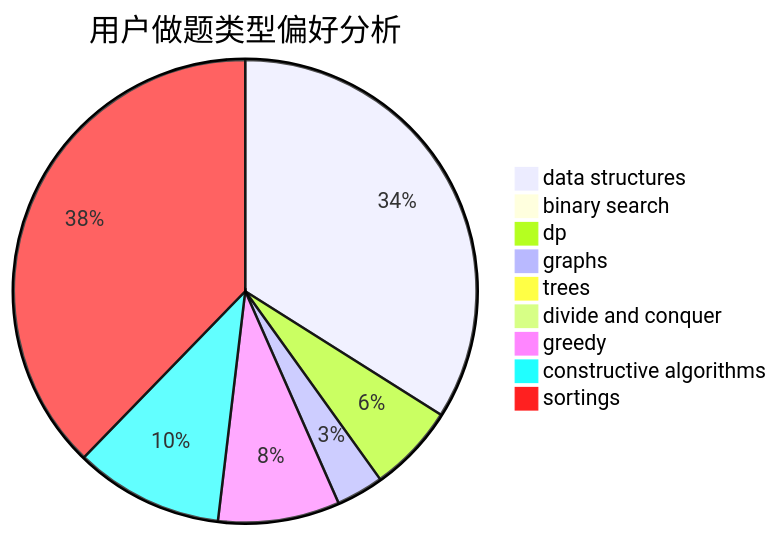
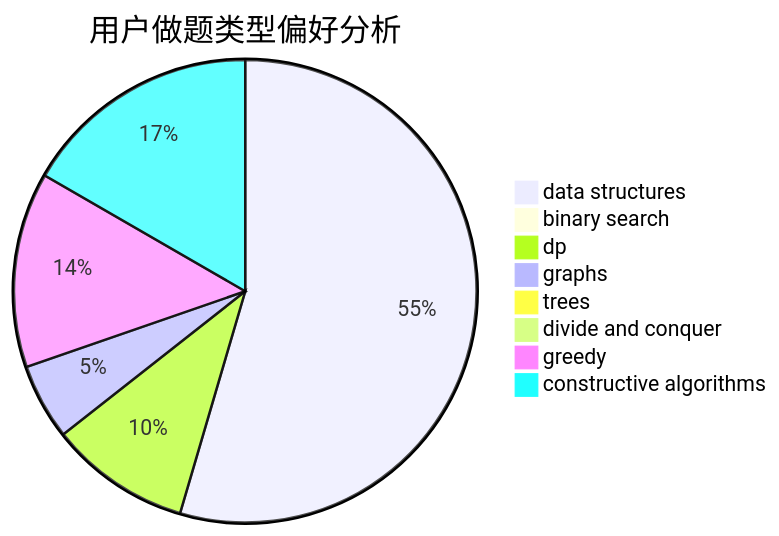
One commit to sherpahu/cfrs.github.io changed the second of 3 diagrams in docs/user/u897.md. Above: the diagram before and after it, drawn with Mermaid. The commit also changed other lines of this file and 2769 other files, not shown here.

````diff
--- a/docs/user/u897.md
+++ b/docs/user/u897.md
@@ -18,12 +18,11 @@
 ```mermaid
 pie title 用户做题类型偏好分析
     "data structures" :  72
     "binary search" :  0
     "dp" :  13
     "graphs" :  7
     "trees" :  0
     "divide and conquer" :  0
     "greedy" :  18
     "constructive algorithms" :  22
-    "sortings" :  80
 ```
````
